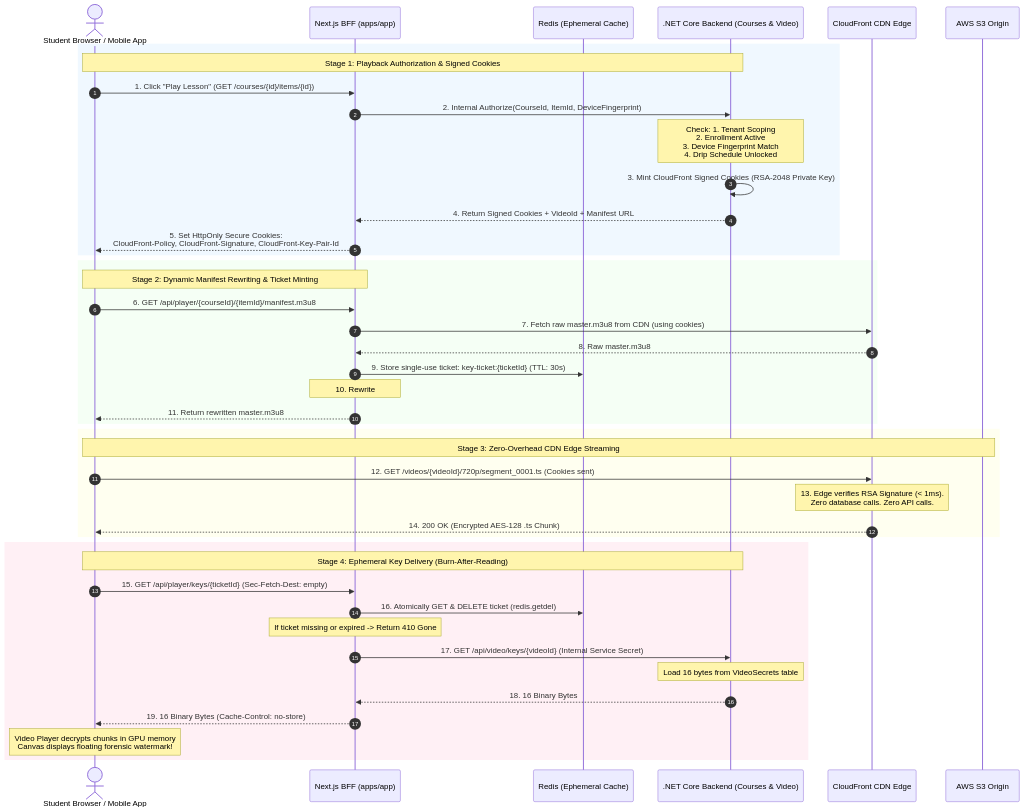
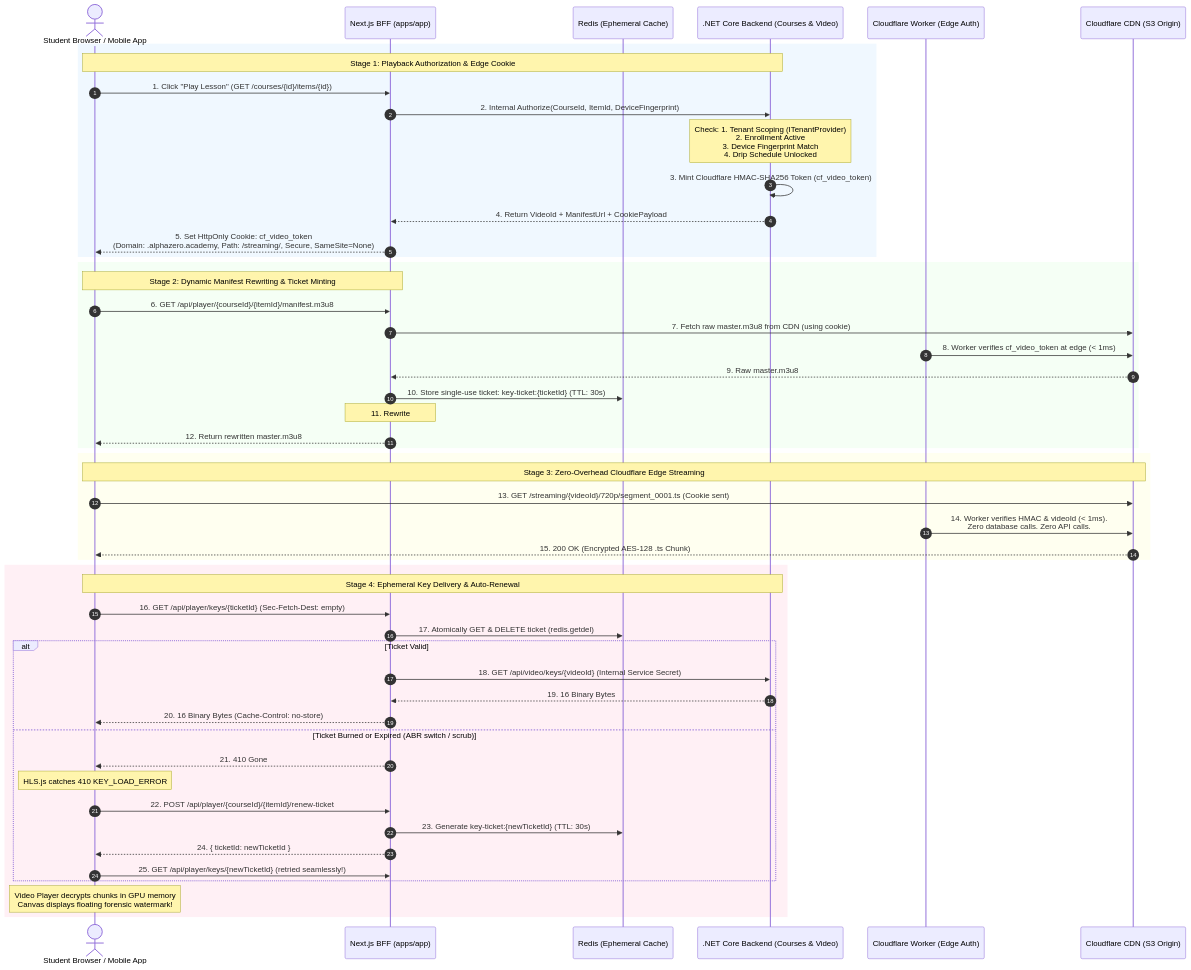
One commit to Azero77/alpha-zero changed the diagram in plans/video-security-architecture.md. Above: the diagram before and after it, drawn with Mermaid. The commit also changed other lines of this file and 2 other files, not shown here.

Commit message:
configured the video plan

````diff
--- a/plans/video-security-architecture.md
+++ b/plans/video-security-architecture.md
@@ -18,53 +32,61 @@
 ```mermaid
 sequenceDiagram
     autonumber
     actor Student as Student Browser / Mobile App
     participant BFF as Next.js BFF (apps/app)
     participant Redis as Redis (Ephemeral Cache)
     participant API as .NET Core Backend (Courses & Video)
-    participant CDN as CloudFront CDN Edge
-    participant S3 as AWS S3 Origin
+    participant Worker as Cloudflare Worker (Edge Auth)
+    participant CDN as Cloudflare CDN (S3 Origin)
 
-    %% PHASE 1: AUTHORIZATION & PLAYBACK TICKET
+    %% PHASE 1: AUTHORIZATION & PLAYBACK COOKIE
     rect rgb(240, 248, 255)
-    Note over Student, API: Stage 1: Playback Authorization & Signed Cookies
+    Note over Student, API: Stage 1: Playback Authorization & Edge Cookie
     Student->>BFF: 1. Click "Play Lesson" (GET /courses/{id}/items/{id})
     BFF->>API: 2. Internal Authorize(CourseId, ItemId, DeviceFingerprint)
-    Note over API: Check: 1. Tenant Scoping<br/>2. Enrollment Active<br/>3. Device Fingerprint Match<br/>4. Drip Schedule Unlocked
-    API->>API: 3. Mint CloudFront Signed Cookies (RSA-2048 Private Key)
-    API-->>BFF: 4. Return Signed Cookies + VideoId + Manifest URL
-    BFF-->>Student: 5. Set HttpOnly Secure Cookies:<br/>CloudFront-Policy, CloudFront-Signature, CloudFront-Key-Pair-Id
+    Note over API: Check: 1. Tenant Scoping (ITenantProvider)<br/>2. Enrollment Active<br/>3. Device Fingerprint Match<br/>4. Drip Schedule Unlocked
+    API->>API: 3. Mint Cloudflare HMAC-SHA256 Token (cf_video_token)
+    API-->>BFF: 4. Return VideoId + ManifestUrl + CookiePayload
+    BFF-->>Student: 5. Set HttpOnly Cookie: cf_video_token<br/>(Domain: .alphazero.academy, Path: /streaming/, Secure, SameSite=None)
     end
 
     %% PHASE 2: DYNAMIC MANIFEST REWRITING
     rect rgb(245, 255, 245)
     Note over Student, BFF: Stage 2: Dynamic Manifest Rewriting & Ticket Minting
     Student->>BFF: 6. GET /api/player/{courseId}/{itemId}/manifest.m3u8
-    BFF->>CDN: 7. Fetch raw master.m3u8 from CDN (using cookies)
-    CDN-->>BFF: 8. Raw master.m3u8
-    BFF->>Redis: 9. Store single-use ticket: key-ticket:{ticketId} (TTL: 30s)
-    Note over BFF: 10. Rewrite #EXT-X-KEY line:<br/>URI="/api/player/keys/{ticketId}"
-    BFF-->>Student: 11. Return rewritten master.m3u8
+    BFF->>CDN: 7. Fetch raw master.m3u8 from CDN (using cookie)
+    Worker->>CDN: 8. Worker verifies cf_video_token at edge (< 1ms)
+    CDN-->>BFF: 9. Raw master.m3u8
+    BFF->>Redis: 10. Store single-use ticket: key-ticket:{ticketId} (TTL: 30s)
+    Note over BFF: 11. Rewrite #EXT-X-KEY line:<br/>URI="/api/player/keys/{ticketId}"
+    BFF-->>Student: 12. Return rewritten master.m3u8
     end
 
     %% PHASE 3: EDGE MEDIA STREAMING
     rect rgb(255, 255, 240)
-    Note over Student, S3: Stage 3: Zero-Overhead CDN Edge Streaming
-    Student->>CDN: 12. GET /videos/{videoId}/720p/segment_0001.ts (Cookies sent)
-    Note over CDN: 13. Edge verifies RSA Signature (< 1ms).<br/>Zero database calls. Zero API calls.
-    CDN-->>Student: 14. 200 OK (Encrypted AES-128 .ts Chunk)
+    Note over Student, CDN: Stage 3: Zero-Overhead Cloudflare Edge Streaming
+    Student->>CDN: 13. GET /streaming/{videoId}/720p/segment_0001.ts (Cookie sent)
+    Worker->>CDN: 14. Worker verifies HMAC & videoId (< 1ms).<br/>Zero database calls. Zero API calls.
+    CDN-->>Student: 15. 200 OK (Encrypted AES-128 .ts Chunk)
     end
 
-    %% PHASE 4: BURN-AFTER-READING KEY EXCHANGE
+    %% PHASE 4: BURN-AFTER-READING KEY EXCHANGE & RESILIENT RENEWAL
     rect rgb(255, 240, 245)
-    Note over Student, API: Stage 4: Ephemeral Key Delivery (Burn-After-Reading)
-    Student->>BFF: 15. GET /api/player/keys/{ticketId} (Sec-Fetch-Dest: empty)
-    BFF->>Redis: 16. Atomically GET & DELETE ticket (redis.getdel)
-    Note over BFF: If ticket missing or expired -> Return 410 Gone
-    BFF->>API: 17. GET /api/video/keys/{videoId} (Internal Service Secret)
-    Note over API: Load 16 bytes from VideoSecrets table
-    API-->>BFF: 18. 16 Binary Bytes
-    BFF-->>Student: 19. 16 Binary Bytes (Cache-Control: no-store)
+    Note over Student, API: Stage 4: Ephemeral Key Delivery & Auto-Renewal
+    Student->>BFF: 16. GET /api/player/keys/{ticketId} (Sec-Fetch-Dest: empty)
+    BFF->>Redis: 17. Atomically GET & DELETE ticket (redis.getdel)
+    alt Ticket Valid
+        BFF->>API: 18. GET /api/video/keys/{videoId} (Internal Service Secret)
+        API-->>BFF: 19. 16 Binary Bytes
+        BFF-->>Student: 20. 16 Binary Bytes (Cache-Control: no-store)
+    else Ticket Burned or Expired (ABR switch / scrub)
+        BFF-->>Student: 21. 410 Gone
+        Note over Student: HLS.js catches 410 KEY_LOAD_ERROR
+        Student->>BFF: 22. POST /api/player/{courseId}/{itemId}/renew-ticket
+        BFF->>Redis: 23. Generate key-ticket:{newTicketId} (TTL: 30s)
+        BFF-->>Student: 24. { ticketId: newTicketId }
+        Student->>BFF: 25. GET /api/player/keys/{newTicketId} (retried seamlessly!)
+    end
     Note over Student: Video Player decrypts chunks in GPU memory<br/>Canvas displays floating forensic watermark!
     end
 ```
````
